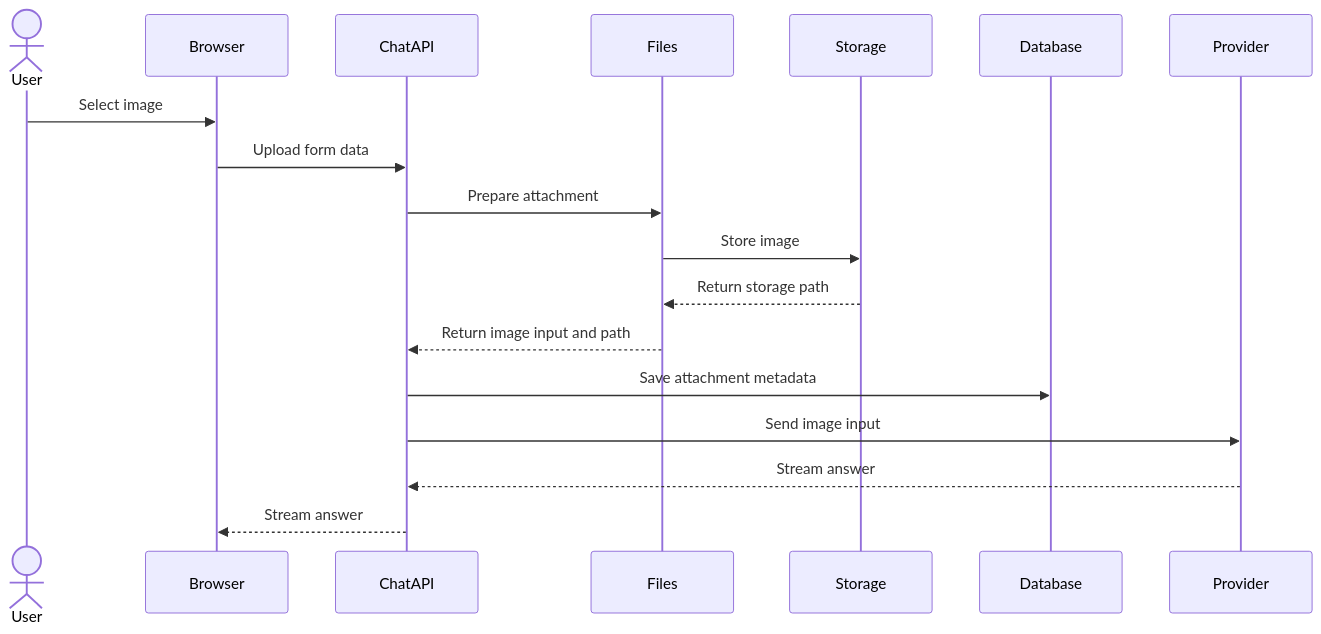
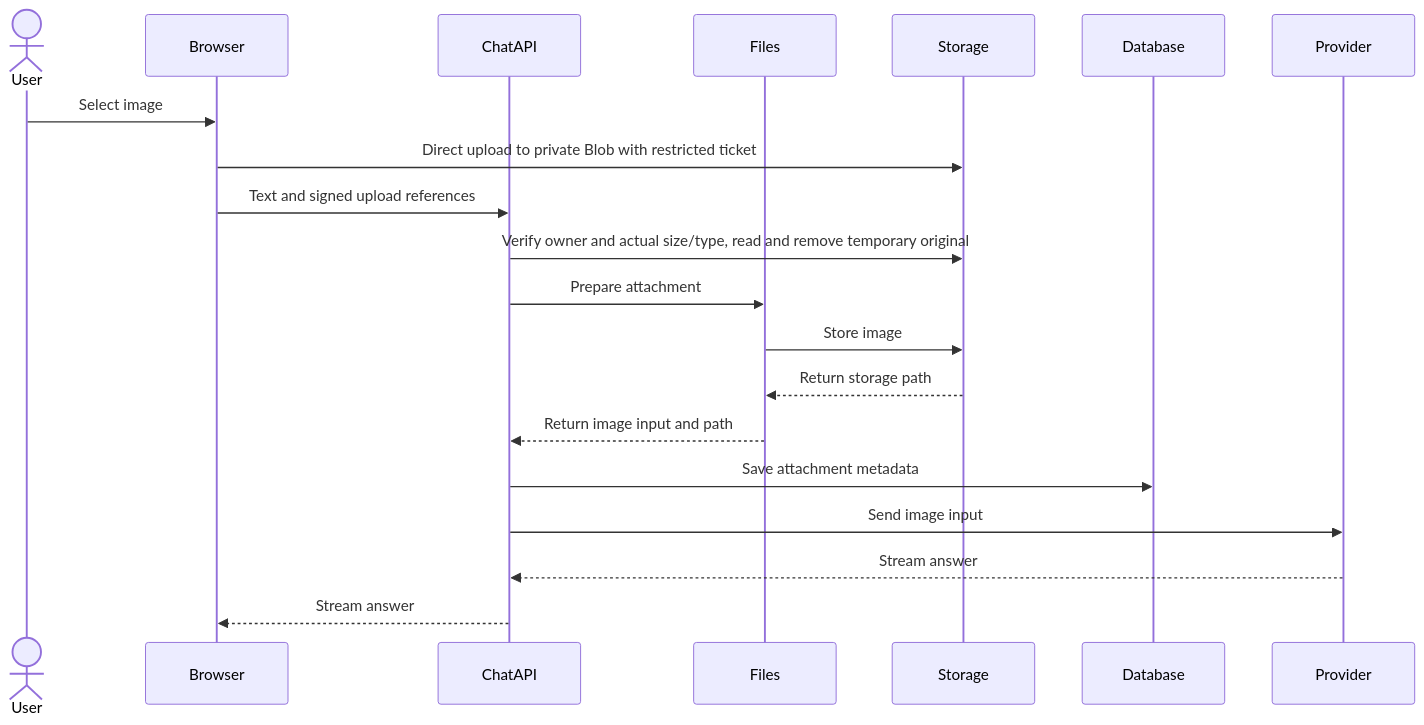
The first of 4 diagrams in docs/architecture/image-flow.md (kakumine2001/NoteFable), drawn with Mermaid before and after one commit. The commit also changed other lines of this file and 26 other files, not shown here.

Commit message:
Upload chat attachments directly to private Blob

````diff
--- a/docs/architecture/image-flow.md
+++ b/docs/architecture/image-flow.md
@@ -12,21 +12,23 @@
 ```mermaid
 sequenceDiagram
     actor User
     participant Browser
     participant ChatAPI
     participant Files
     participant Storage
     participant Database
     participant Provider
 
     User->>Browser: Select image
-    Browser->>ChatAPI: Upload form data
+    Browser->>Storage: Direct upload to private Blob with restricted ticket
+    Browser->>ChatAPI: Text and signed upload references
+    ChatAPI->>Storage: Verify owner and actual size/type, read and remove temporary original
     ChatAPI->>Files: Prepare attachment
     Files->>Storage: Store image
     Storage-->>Files: Return storage path
     Files-->>ChatAPI: Return image input and path
     ChatAPI->>Database: Save attachment metadata
     ChatAPI->>Provider: Send image input
     Provider-->>ChatAPI: Stream answer
     ChatAPI-->>Browser: Stream answer
 ```
````
